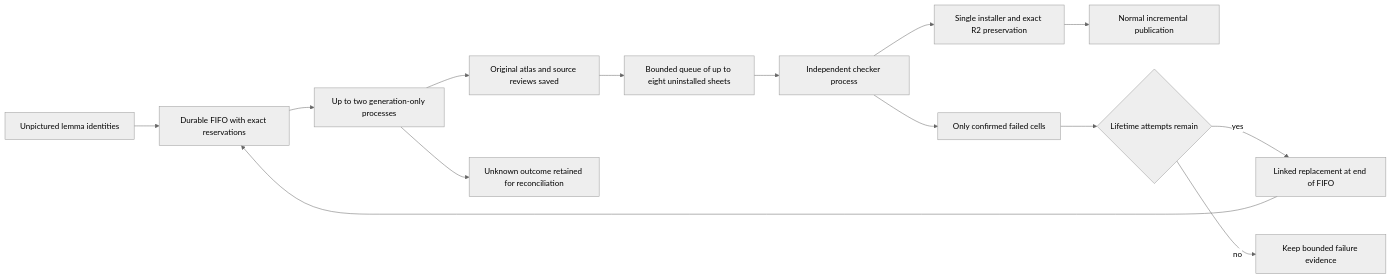
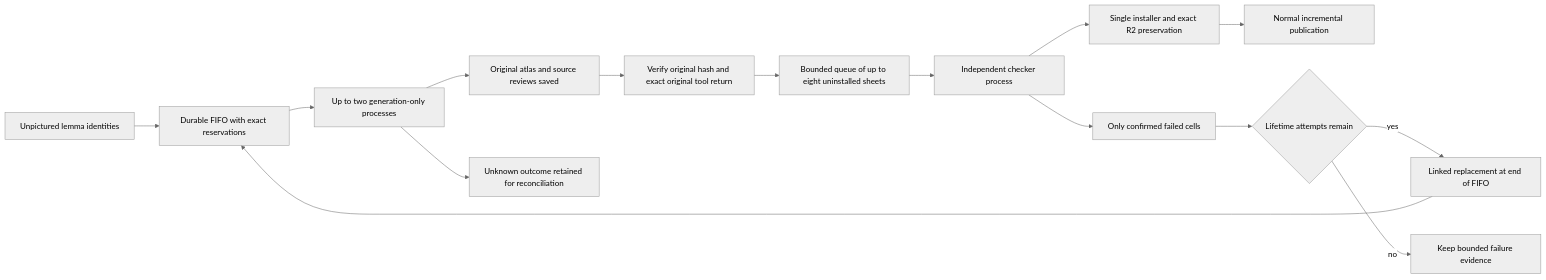
Before and after one commit to loveJesus/visual-biblical-language-reader-chirho: the third of 4 diagrams in spec-chirho/workflows-chirho/whole-bible-chirho.md, drawn with Mermaid (neutral theme). The commit also changed other lines of this file and 4 other files, not shown here.

Commit message:
Bind saved icon originals to their original generation results

````diff
--- a/spec-chirho/workflows-chirho/whole-bible-chirho.md
+++ b/spec-chirho/workflows-chirho/whole-bible-chirho.md
@@ -53,16 +53,17 @@
 ```mermaid
 flowchart LR
   missing_chirho[Unpictured lemma identities] --> ready_chirho[Durable FIFO with exact reservations]
   ready_chirho --> produce_chirho[Up to two generation-only processes]
   produce_chirho --> saved_chirho[Original atlas and source reviews saved]
-  saved_chirho --> check_queue_chirho[Bounded queue of up to eight uninstalled sheets]
+  saved_chirho --> original_binding_chirho[Verify original hash and exact original tool return]
+  original_binding_chirho --> check_queue_chirho[Bounded queue of up to eight uninstalled sheets]
   check_queue_chirho --> checker_chirho[Independent checker process]
   checker_chirho --> safe_chirho[Single installer and exact R2 preservation]
   safe_chirho --> published_chirho[Normal incremental publication]
   checker_chirho --> failed_chirho[Only confirmed failed cells]
   failed_chirho --> budget_chirho{Lifetime attempts remain}
   budget_chirho -->|yes| tail_chirho[Linked replacement at end of FIFO]
   tail_chirho --> ready_chirho
   budget_chirho -->|no| hold_chirho[Keep bounded failure evidence]
   produce_chirho --> unknown_chirho[Unknown outcome retained for reconciliation]
 ```
````
